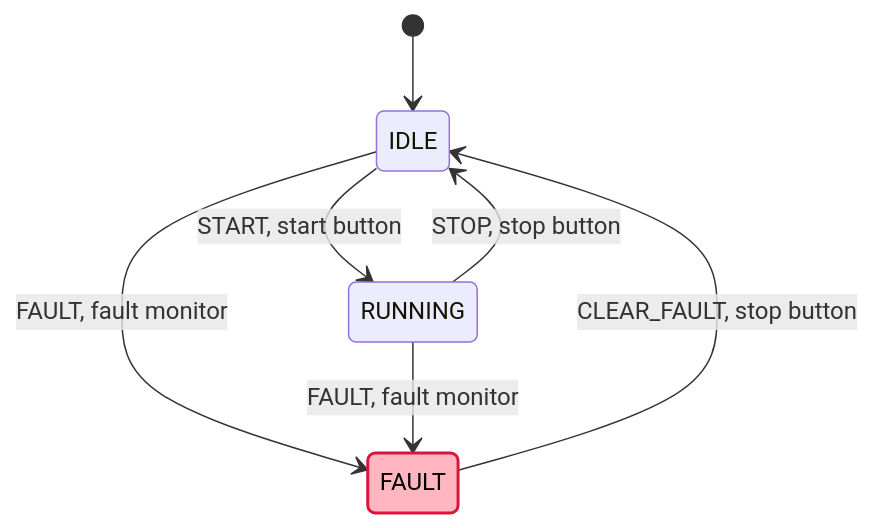
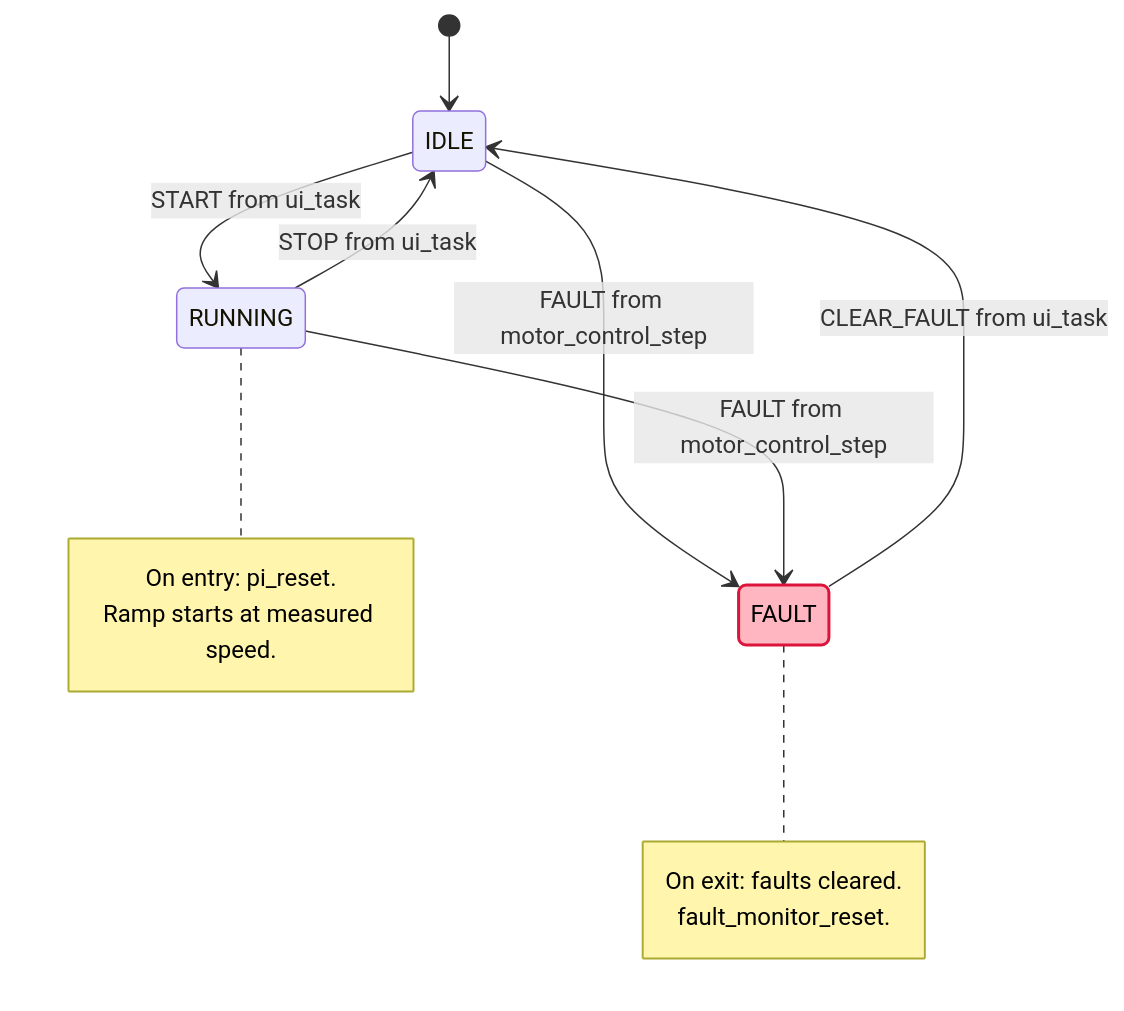
Before and after one commit to wienans/example-repo: the second of 3 diagrams in docs/architecture/05_runtime.md, drawn with Mermaid. The commit also changed other lines of this file and 6 other files, not shown here.

First line of the commit message:
docs(architecture): align architecture guide with implementation

````diff
--- a/docs/architecture/05_runtime.md
+++ b/docs/architecture/05_runtime.md
@@ -63,15 +91,24 @@
 ```mermaid
 stateDiagram-v2
   accTitle: Motor state machine
-  accDescr: The motor starts in IDLE. START from the start button moves IDLE to RUNNING. STOP from the stop button moves RUNNING to IDLE. A FAULT event from the fault monitor moves IDLE or RUNNING to FAULT. CLEAR_FAULT from the stop button moves FAULT back to IDLE.
+  accDescr: The motor starts in IDLE. START from ui_task moves IDLE to RUNNING. STOP from ui_task moves RUNNING to IDLE. A FAULT event from motor_control_step moves IDLE or RUNNING to FAULT. CLEAR_FAULT from ui_task moves FAULT back to IDLE. Entering RUNNING resets the PI controller and starts the ramp at the measured speed. Leaving FAULT clears the latched faults and resets the fault monitor.
   classDef fault fill:#FFB6C1,stroke:#DC143C,stroke-width:2px,color:black
 
   [*] --> IDLE
-  IDLE --> RUNNING: START, start button
-  RUNNING --> IDLE: STOP, stop button
-  IDLE --> FAULT: FAULT, fault monitor
-  RUNNING --> FAULT: FAULT, fault monitor
-  FAULT --> IDLE: CLEAR_FAULT, stop button
+  IDLE --> RUNNING: START from ui_task
+  RUNNING --> IDLE: STOP from ui_task
+  IDLE --> FAULT: FAULT from motor_control_step
+  RUNNING --> FAULT: FAULT from motor_control_step
+  FAULT --> IDLE: CLEAR_FAULT from ui_task
+
+  note right of RUNNING
+    On entry: pi_reset.
+    Ramp starts at measured speed.
+  end note
+  note right of FAULT
+    On exit: faults cleared.
+    fault_monitor_reset.
+  end note
 
   class FAULT fault
 ```
````
